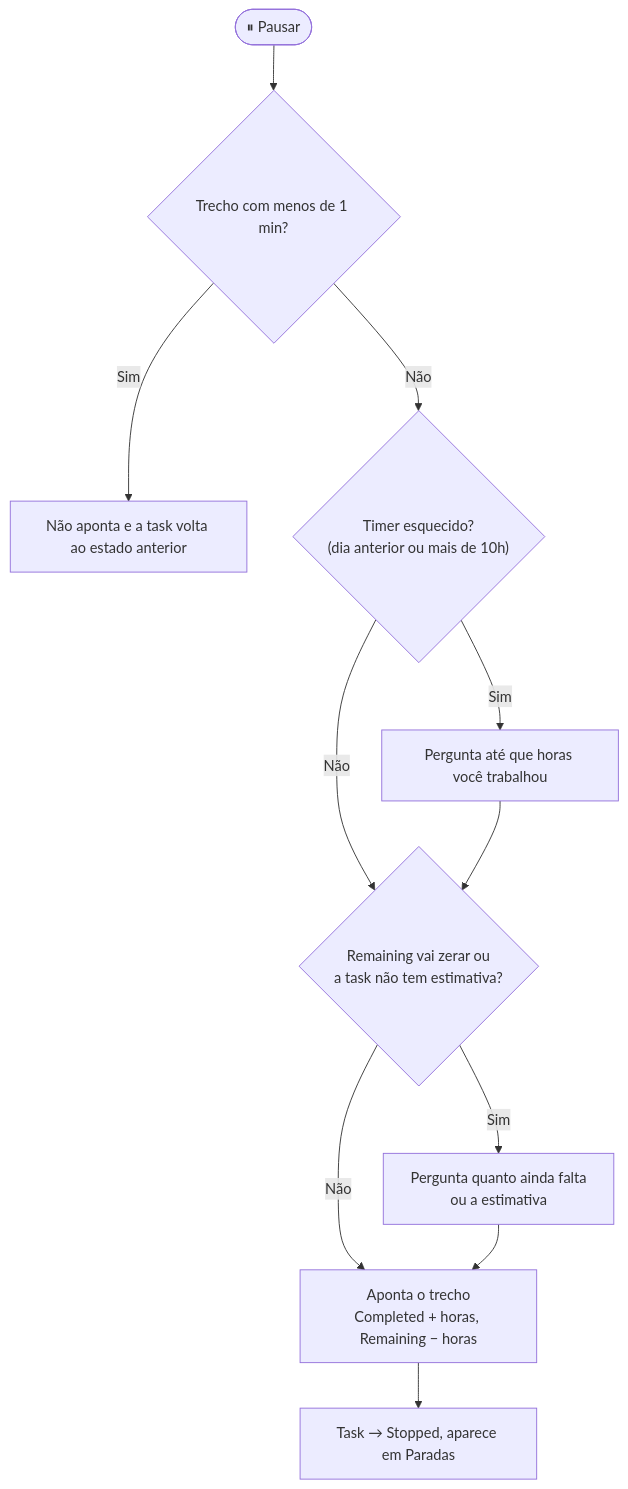
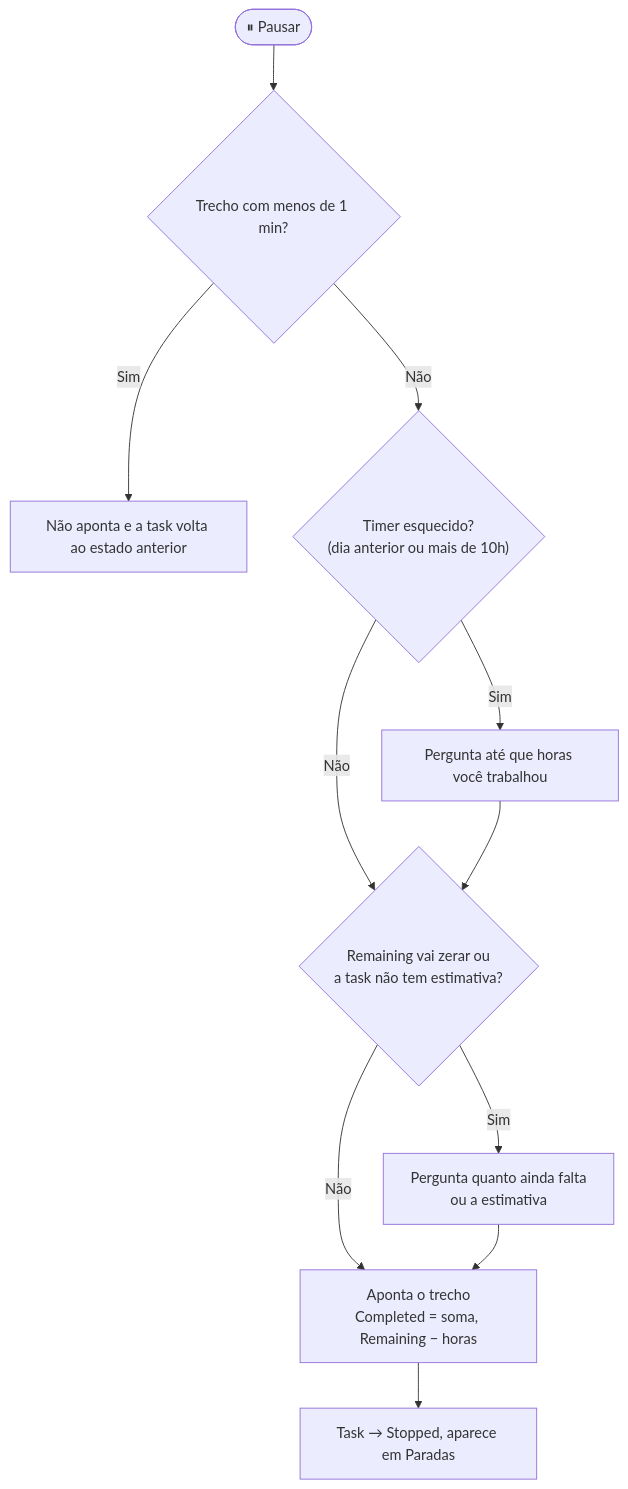
One commit to GHMeyer0/azure-devops-tictask changed the second of 3 diagrams in docs/wiki/Usar-numa-Task.md. Above: the diagram before and after it, drawn with Mermaid. The commit also changed other lines of this file and 50 other files, not shown here.

First line of the commit message:
Completed pela soma dos apontamentos e Resumo no lugar do Timesheet (0.9.0)

````diff
--- a/docs/wiki/Usar-numa-Task.md
+++ b/docs/wiki/Usar-numa-Task.md
@@ -78,13 +78,13 @@
 ```mermaid
 flowchart TD
     P([⏸ Pausar]) --> M{Trecho com menos de 1 min?}
     M -- Sim --> V[Não aponta e a task volta ao estado anterior]
     M -- Não --> E{"Timer esquecido?<br/>(dia anterior ou mais de 10h)"}
     E -- Sim --> D1[Pergunta até que horas você trabalhou]
     E -- Não --> R{"Remaining vai zerar ou<br/>a task não tem estimativa?"}
     D1 --> R
     R -- Sim --> D2[Pergunta quanto ainda falta<br/>ou a estimativa]
     R -- Não --> A
-    D2 --> A["Aponta o trecho<br/>Completed + horas, Remaining − horas"]
+    D2 --> A["Aponta o trecho<br/>Completed = soma, Remaining − horas"]
     A --> S[Task → Stopped, aparece em Paradas]
 ```
````
